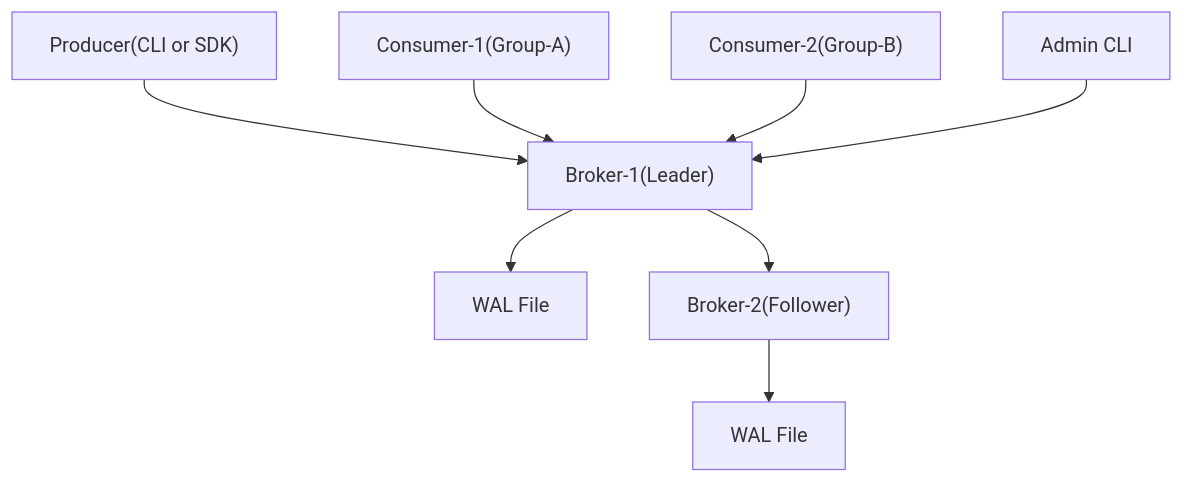
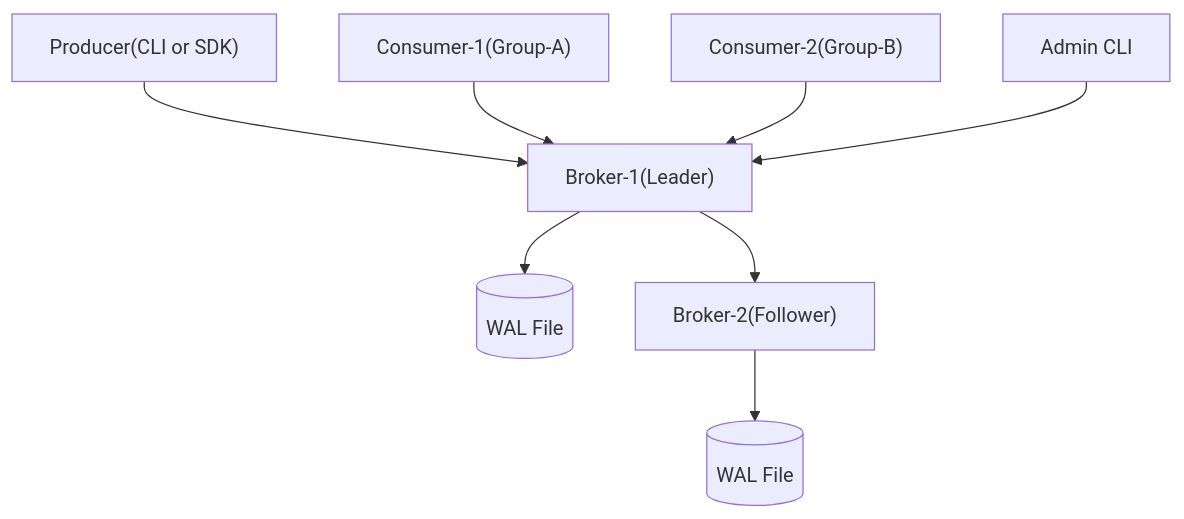
One commit to akitsuki-labs/gafka changed the diagram in README.md. Above: the diagram before and after it, drawn with Mermaid. The commit also changed other lines of this file and 1 other file, not shown here.

````diff
--- a/README.md
+++ b/README.md
@@ -61,9 +61,10 @@
 ```mermaid
 flowchart TD
     Producer["Producer(CLI or SDK)"] --> Broker1["Broker-1(Leader)"]
-    Broker1 --> WAL1["WAL File"] & Broker2["Broker-2(Follower)"]
-    Broker2 --> WAL2["WAL File"]
+    Broker1 --> WAL1[(WAL File)]
+    Broker1 --> Broker2["Broker-2(Follower)"]
+    Broker2 --> WAL2[(WAL File)]
     Consumer1["Consumer-1(Group-A)"] --> Broker1
     Consumer2["Consumer-2(Group-B)"] --> Broker1
-    Admin["Admin CLI"] --> Broker1
+    Admin[Admin CLI] --> Broker1
 ```
````
